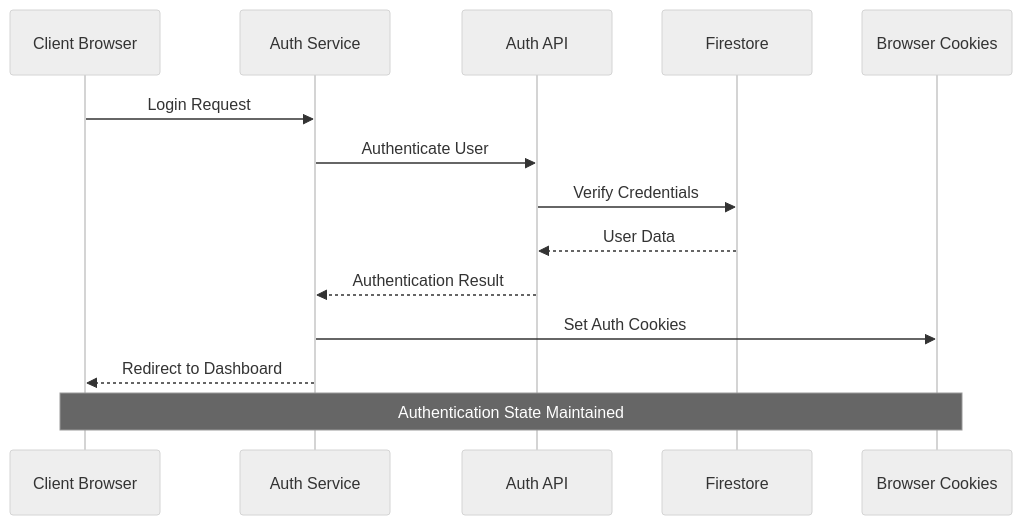
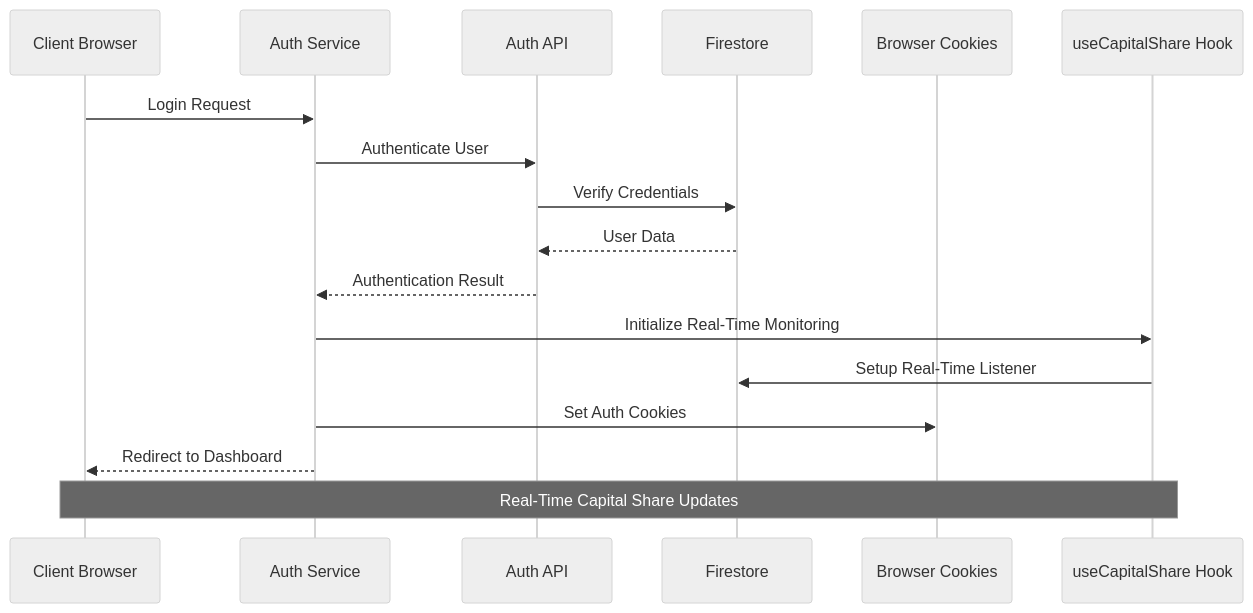
Diagram 12 of 15 in .qoder/repowiki/en/content/Project Overview/Core Features & Functionality/Administrative Features/Capital Shares Management System.md (Unsure-bry/sampacoop_system), drawn with Mermaid (neutral theme) before and after one commit. The commit also changed other lines of this file and 3 other files, not shown here.

````diff
--- a/.qoder/repowiki/en/content/Project Overview/Core Features & Functionality/Administrative Features/Capital Shares Management System.md
+++ b/.qoder/repowiki/en/content/Project Overview/Core Features & Functionality/Administrative Features/Capital Shares Management System.md
@@ -640,16 +676,19 @@
 ```mermaid
 sequenceDiagram
 participant Client as Client Browser
 participant Auth as Auth Service
 participant API as Auth API
 participant Firestore as Firestore
 participant Cookies as Browser Cookies
+participant CapitalShare as useCapitalShare Hook
 Client->>Auth : Login Request
 Auth->>API : Authenticate User
 API->>Firestore : Verify Credentials
 Firestore-->>API : User Data
 API-->>Auth : Authentication Result
+Auth->>CapitalShare : Initialize Real-Time Monitoring
+CapitalShare->>Firestore : Setup Real-Time Listener
 Auth->>Cookies : Set Auth Cookies
 Auth-->>Client : Redirect to Dashboard
-Note over Client,Cookies : Authentication State Maintained
+Note over Client,CapitalShare : Real-Time Capital Share Updates
 ```
````
